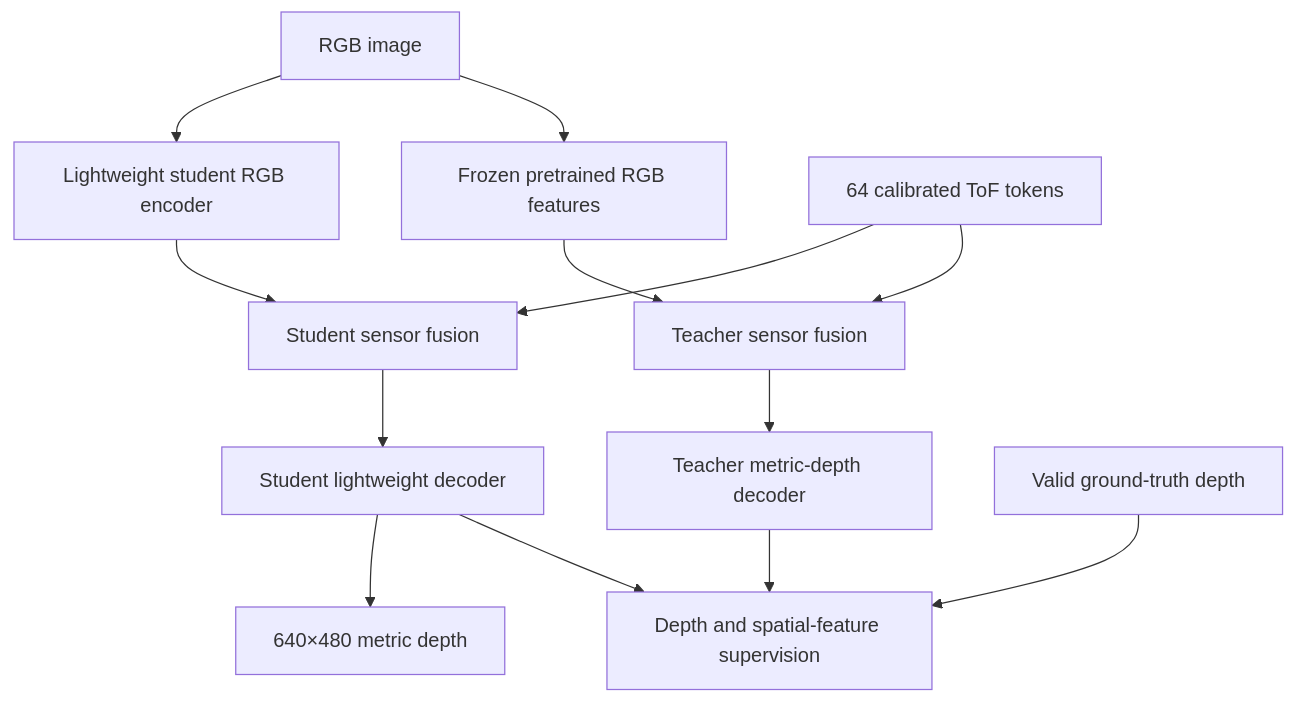
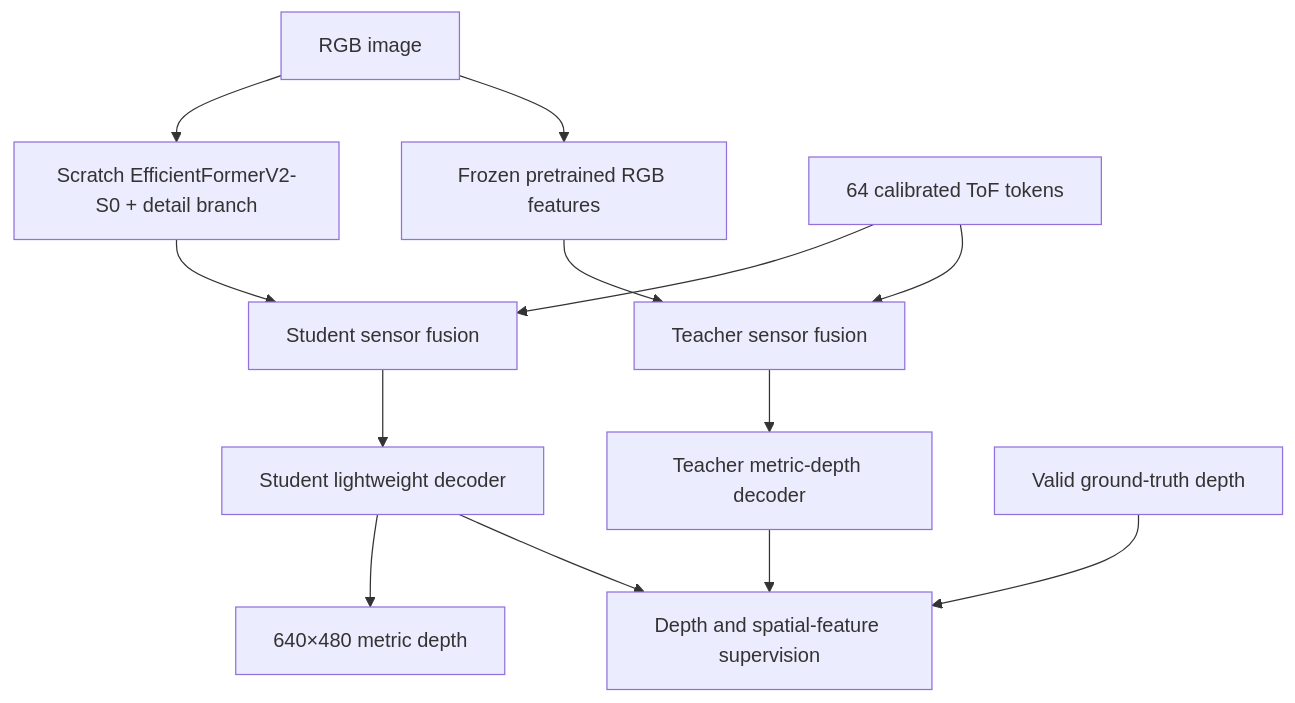
The diagram in docs/teacher_student_architecture_plan.md (Himwong113/depth_refine), drawn with Mermaid before and after one commit. The commit also changed other lines of this file and 22 other files, not shown here.

First line of the commit message:
Implement EfficientFormerV2-S0 student model (v5) with benchmark and configuration

````diff
--- a/docs/teacher_student_architecture_plan.md
+++ b/docs/teacher_student_architecture_plan.md
@@ -18,15 +19,15 @@
 ```mermaid
 flowchart TD
     RGB[RGB image] --> TR[Frozen pretrained RGB features]
-    RGB --> SR[Lightweight student RGB encoder]
+    RGB --> SR[Scratch EfficientFormerV2-S0 + detail branch]
     TOF[64 calibrated ToF tokens] --> TF[Teacher sensor fusion]
     TOF --> SF[Student sensor fusion]
     TR --> TF
     SR --> SF
     TF --> TD[Teacher metric-depth decoder]
     SF --> SD[Student lightweight decoder]
     TD --> KD[Depth and spatial-feature supervision]
     SD --> KD
     GT[Valid ground-truth depth] --> KD
     SD --> OUT[640×480 metric depth]
 ```
````
